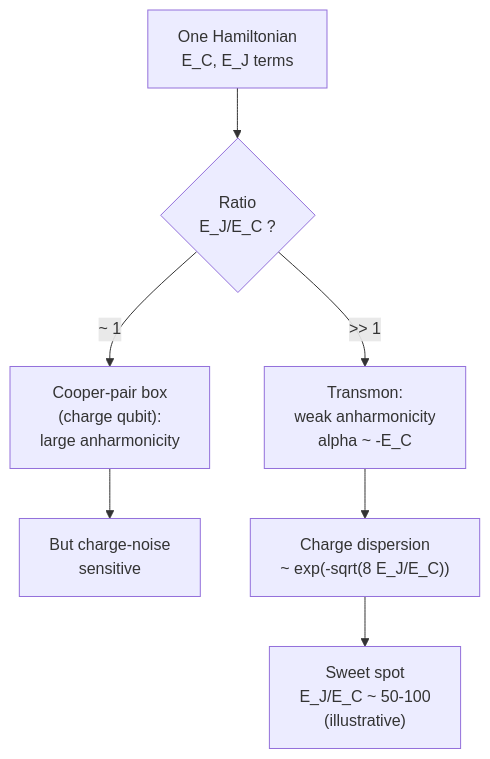
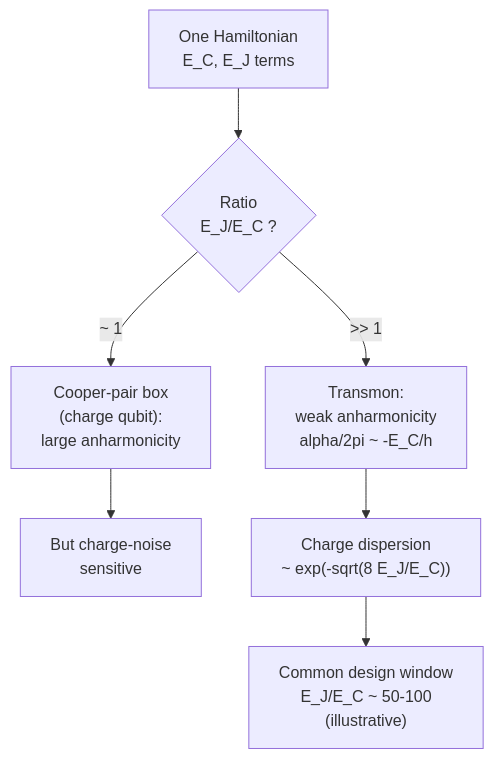
Before and after one commit to Iamsohungrynow/superconducting-qubits-journey: the first of 2 diagrams in tutorial/01-introduction.md, drawn with Mermaid. The commit also changed other lines of this file and 17 other files, not shown here.

````diff
--- a/tutorial/01-introduction.md
+++ b/tutorial/01-introduction.md
@@ -87,9 +87,9 @@
 ```mermaid
 flowchart TD
   H["One Hamiltonian<br/>E_C, E_J terms"] --> R{"Ratio<br/>E_J/E_C ?"}
   R -->|"~ 1"| CPB["Cooper-pair box<br/>(charge qubit):<br/>large anharmonicity"]
   CPB --> CPB2["But charge-noise<br/>sensitive"]
-  R -->|">> 1"| TR["Transmon:<br/>weak anharmonicity<br/>alpha ~ -E_C"]
+  R -->|">> 1"| TR["Transmon:<br/>weak anharmonicity<br/>alpha/2pi ~ -E_C/h"]
   TR --> TR2["Charge dispersion<br/>~ exp(-sqrt(8 E_J/E_C))"]
-  TR2 --> SS["Sweet spot<br/>E_J/E_C ~ 50-100<br/>(illustrative)"]
+  TR2 --> SS["Common design window<br/>E_J/E_C ~ 50-100<br/>(illustrative)"]
 ```
````
